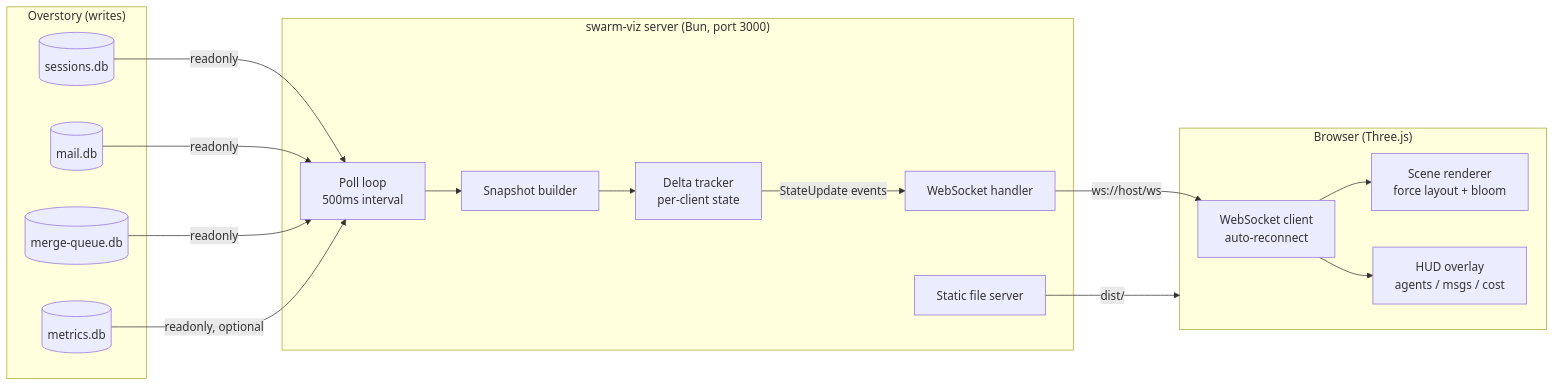
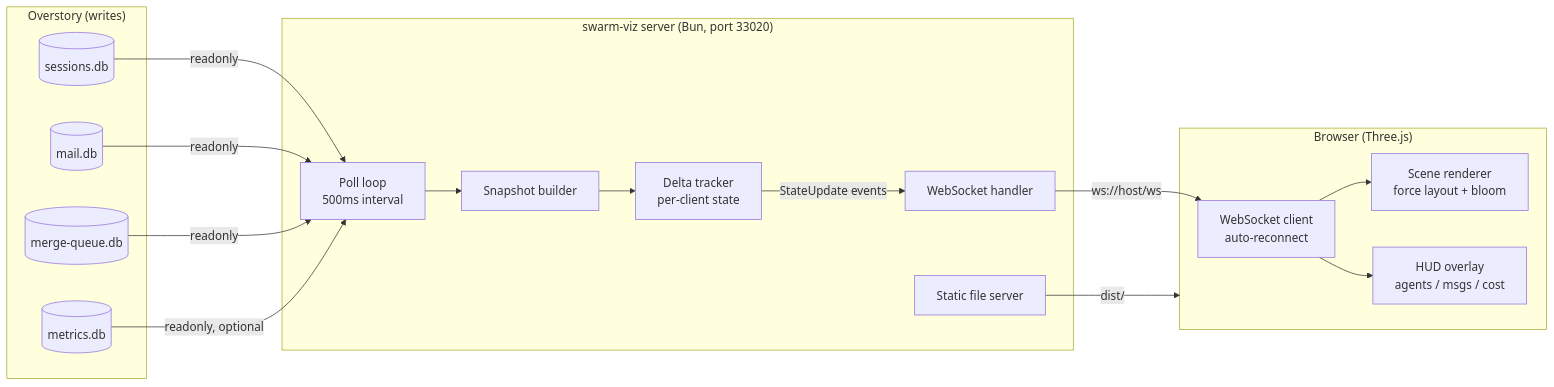
One commit to greghughespdx/swarm-viz changed the first of 5 diagrams in docs/ARCHITECTURE.md. Above: the diagram before and after it, drawn with Mermaid. The commit also changed other lines of this file and 2 other files, not shown here.

First line of the commit message:
docs: Update port to 33020, fix GitHub links to jayminwest repos

````diff
--- a/docs/ARCHITECTURE.md
+++ b/docs/ARCHITECTURE.md
@@ -9,37 +9,37 @@
 ```mermaid
 graph LR
     subgraph Overstory["Overstory (writes)"]
         SD[(sessions.db)]
         MD[(mail.db)]
         MQ[(merge-queue.db)]
         ME[(metrics.db)]
     end
 
-    subgraph Server["swarm-viz server (Bun, port 3000)"]
+    subgraph Server["swarm-viz server (Bun, port 33020)"]
         POLL[Poll loop\n500ms interval]
         SNAP[Snapshot builder]
         DELTA[Delta tracker\nper-client state]
         WS[WebSocket handler]
         HTTP[Static file server]
     end
 
     subgraph Client["Browser (Three.js)"]
         WSC[WebSocket client\nauto-reconnect]
         SCENE[Scene renderer\nforce layout + bloom]
         HUD[HUD overlay\nagents / msgs / cost]
     end
 
     SD -->|readonly| POLL
     MD -->|readonly| POLL
     MQ -->|readonly| POLL
     ME -->|readonly, optional| POLL
 
     POLL --> SNAP
     SNAP --> DELTA
     DELTA -->|StateUpdate events| WS
     WS -->|ws://host/ws| WSC
     HTTP -->|dist/| Client
 
     WSC --> SCENE
     WSC --> HUD
 ```
````
